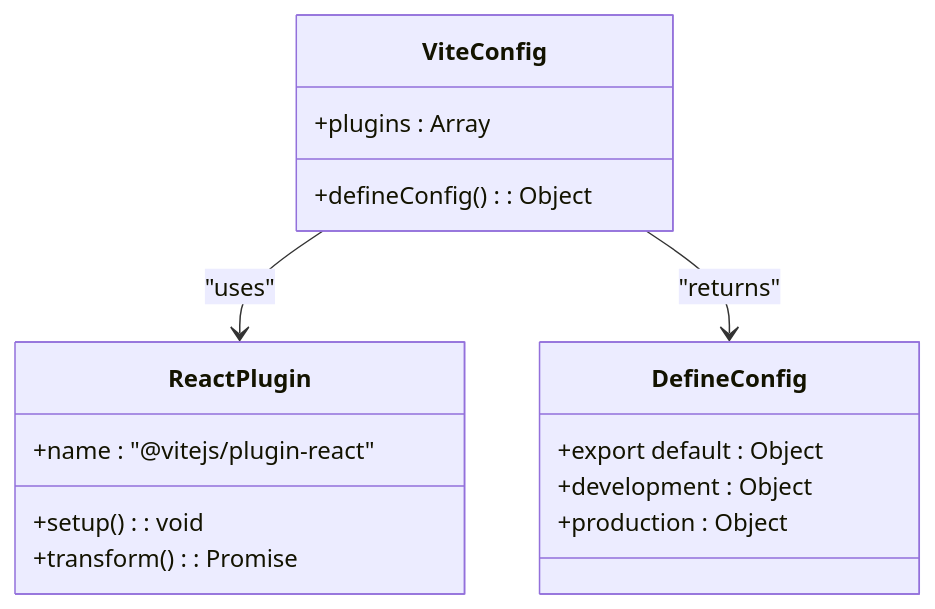
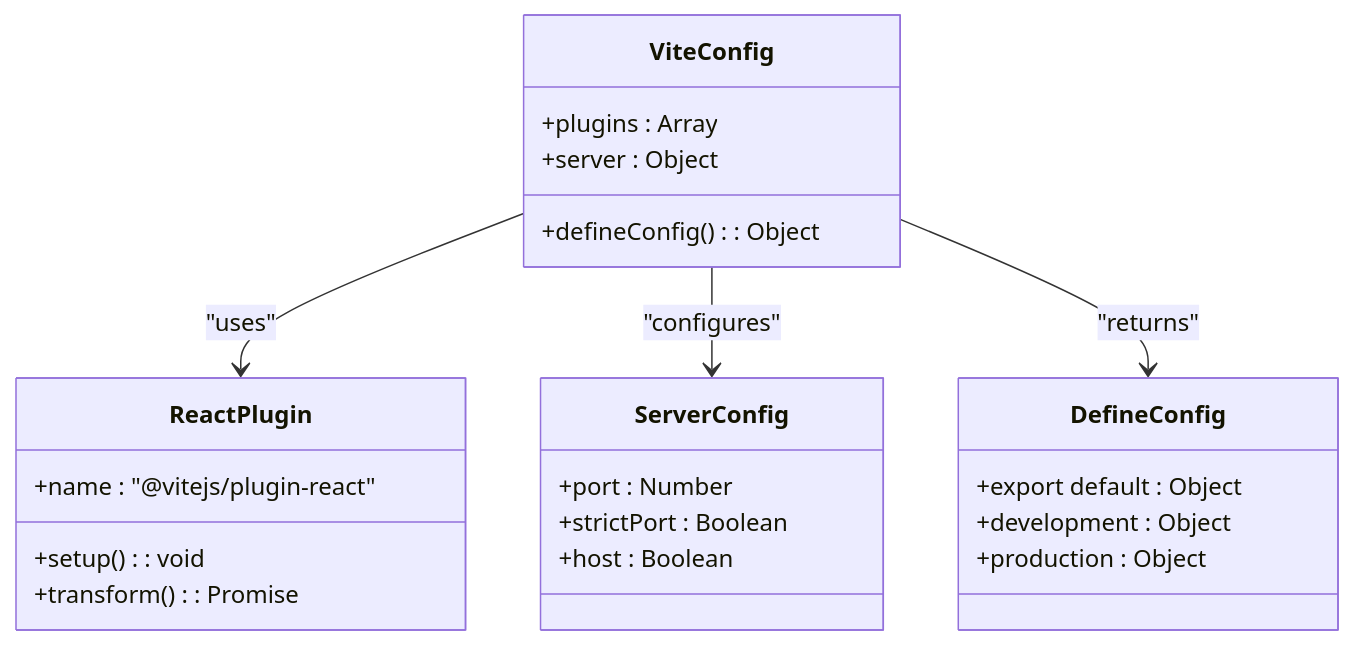
Before and after one commit to xianjianshenqu/SalesFlow-CRM: the second of 11 diagrams in .qoder/repowiki/zh/content/开发指南/Vite构建配置.md, drawn with Mermaid. The commit also changed other lines of this file and 17 other files, not shown here.

````diff
--- a/.qoder/repowiki/zh/content/开发指南/Vite构建配置.md
+++ b/.qoder/repowiki/zh/content/开发指南/Vite构建配置.md
@@ -81,19 +95,26 @@
 ```mermaid
 classDiagram
 class ViteConfig {
 +plugins : Array
++server : Object
 +defineConfig() : Object
 }
 class ReactPlugin {
 +name : "@vitejs/plugin-react"
 +setup() : void
 +transform() : Promise
 }
+class ServerConfig {
++port : Number
++strictPort : Boolean
++host : Boolean
+}
 class DefineConfig {
 +export default : Object
 +development : Object
 +production : Object
 }
 ViteConfig --> ReactPlugin : "uses"
+ViteConfig --> ServerConfig : "configures"
 ViteConfig --> DefineConfig : "returns"
 ```
````
